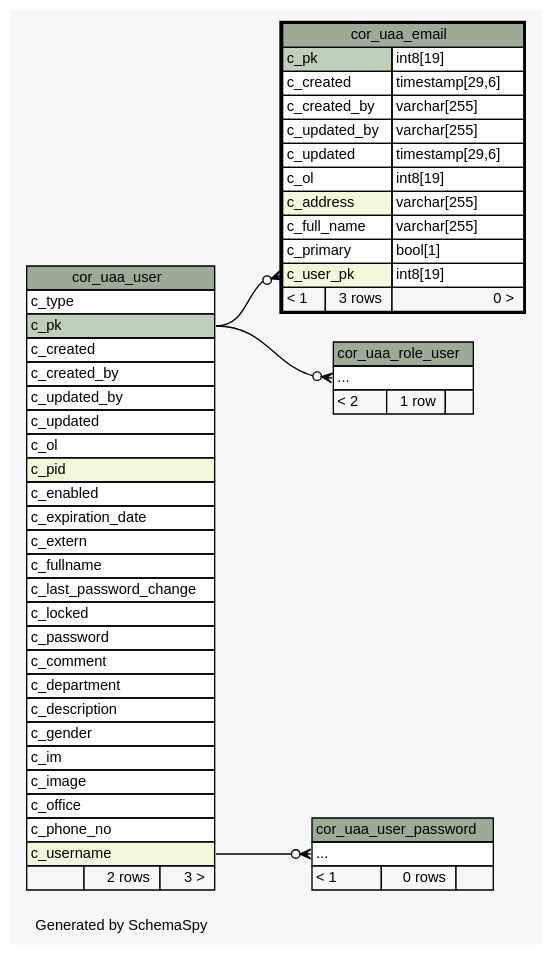
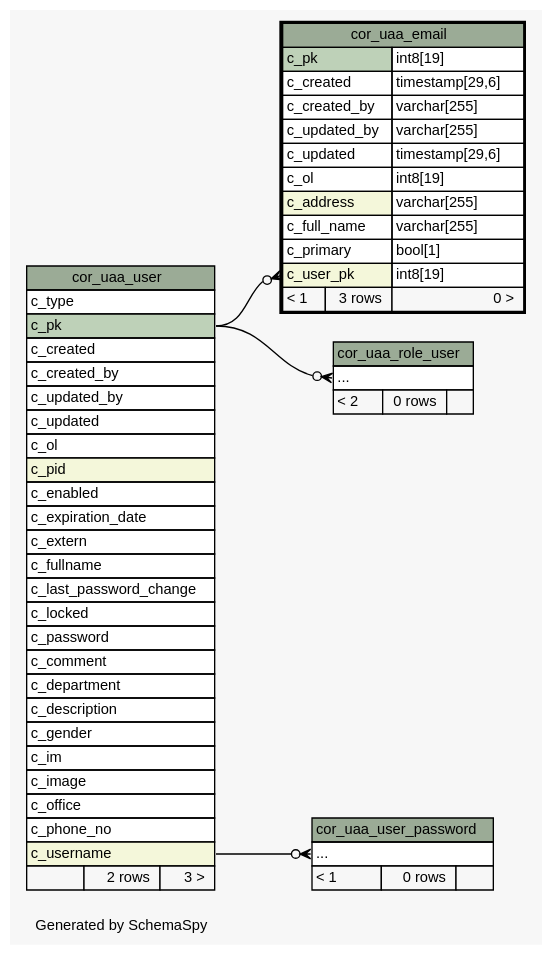
The diagram in 2.0.0-SNAPSHOT/schemaspy/diagrams/cor_uaa_email.2degrees.dot (openwms/org.openwms.core.uaa.lib), drawn with Graphviz before and after one commit. The commit also changed 236 other files, not shown here.

```diff
--- a/2.0.0-SNAPSHOT/schemaspy/diagrams/cor_uaa_email.2degrees.dot
+++ b/2.0.0-SNAPSHOT/schemaspy/diagrams/cor_uaa_email.2degrees.dot
@@ -1,97 +1,97 @@
-// dot 2.43.0 on Linux 6.5.0-1016-azure
+// dot 2.43.0 on Linux 6.5.0-1022-azure
 // SchemaSpy rev Unknown
 digraph "twoDegreesRelationshipsDiagram" {
   graph [
     rankdir="RL"
     bgcolor="#f7f7f7"
     label="\nGenerated by SchemaSpy"
     labeljust="l"
     nodesep="0.18"
     ranksep="0.46"
     fontname="Helvetica"
     fontsize="11"
   ];
   node [
     fontname="Helvetica"
     fontsize="11"
     shape="plaintext"
   ];
   edge [
     arrowsize="0.8"
   ];
   "cor_uaa_email":"c_user_pk":w -> "cor_uaa_user":"c_pk":e [arrowhead=none dir=back arrowtail=crowodot];
   "cor_uaa_role_user":"elipses":w -> "cor_uaa_user":"c_pk":e [arrowhead=none dir=back arrowtail=crowodot];
   "cor_uaa_user_password":"elipses":w -> "cor_uaa_user":"c_username":e [arrowhead=none dir=back arrowtail=crowodot];
   "cor_uaa_email" [
     label=<
     <TABLE BORDER="2" CELLBORDER="1" CELLSPACING="0" BGCOLOR="#ffffff">
       <TR><TD COLSPAN="3" BGCOLOR="#9bab96" ALIGN="CENTER">cor_uaa_email</TD></TR>
       <TR><TD PORT="c_pk" COLSPAN="2" BGCOLOR="#bed1b8" ALIGN="LEFT">c_pk</TD><TD PORT="c_pk.type" ALIGN="LEFT">int8[19]</TD></TR>
       <TR><TD PORT="c_created" COLSPAN="2" ALIGN="LEFT">c_created</TD><TD PORT="c_created.type" ALIGN="LEFT">timestamp[29,6]</TD></TR>
       <TR><TD PORT="c_created_by" COLSPAN="2" ALIGN="LEFT">c_created_by</TD><TD PORT="c_created_by.type" ALIGN="LEFT">varchar[255]</TD></TR>
       <TR><TD PORT="c_updated_by" COLSPAN="2" ALIGN="LEFT">c_updated_by</TD><TD PORT="c_updated_by.type" ALIGN="LEFT">varchar[255]</TD></TR>
       <TR><TD PORT="c_updated" COLSPAN="2" ALIGN="LEFT">c_updated</TD><TD PORT="c_updated.type" ALIGN="LEFT">timestamp[29,6]</TD></TR>
       <TR><TD PORT="c_ol" COLSPAN="2" ALIGN="LEFT">c_ol</TD><TD PORT="c_ol.type" ALIGN="LEFT">int8[19]</TD></TR>
       <TR><TD PORT="c_address" COLSPAN="2" BGCOLOR="#f4f7da" ALIGN="LEFT">c_address</TD><TD PORT="c_address.type" ALIGN="LEFT">varchar[255]</TD></TR>
       <TR><TD PORT="c_full_name" COLSPAN="2" ALIGN="LEFT">c_full_name</TD><TD PORT="c_full_name.type" ALIGN="LEFT">varchar[255]</TD></TR>
       <TR><TD PORT="c_primary" COLSPAN="2" ALIGN="LEFT">c_primary</TD><TD PORT="c_primary.type" ALIGN="LEFT">bool[1]</TD></TR>
       <TR><TD PORT="c_user_pk" COLSPAN="2" BGCOLOR="#f4f7da" ALIGN="LEFT">c_user_pk</TD><TD PORT="c_user_pk.type" ALIGN="LEFT">int8[19]</TD></TR>
       <TR><TD ALIGN="LEFT" BGCOLOR="#f7f7f7">&lt; 1</TD><TD ALIGN="RIGHT" BGCOLOR="#f7f7f7">3 rows</TD><TD ALIGN="RIGHT" BGCOLOR="#f7f7f7">0 &gt;</TD></TR>
     </TABLE>>
     URL="cor_uaa_email.html"
     tooltip="cor_uaa_email"
   ];
   "cor_uaa_role_user" [
     label=<
     <TABLE BORDER="0" CELLBORDER="1" CELLSPACING="0" BGCOLOR="#ffffff">
       <TR><TD COLSPAN="3" BGCOLOR="#9bab96" ALIGN="CENTER">cor_uaa_role_user</TD></TR>
       <TR><TD PORT="elipses" COLSPAN="3" ALIGN="LEFT">...</TD></TR>
-      <TR><TD ALIGN="LEFT" BGCOLOR="#f7f7f7">&lt; 2</TD><TD ALIGN="RIGHT" BGCOLOR="#f7f7f7">1 row</TD><TD ALIGN="RIGHT" BGCOLOR="#f7f7f7">  </TD></TR>
+      <TR><TD ALIGN="LEFT" BGCOLOR="#f7f7f7">&lt; 2</TD><TD ALIGN="RIGHT" BGCOLOR="#f7f7f7">0 rows</TD><TD ALIGN="RIGHT" BGCOLOR="#f7f7f7">  </TD></TR>
     </TABLE>>
     URL="cor_uaa_role_user.html"
     tooltip="cor_uaa_role_user"
   ];
   "cor_uaa_user" [
     label=<
     <TABLE BORDER="0" CELLBORDER="1" CELLSPACING="0" BGCOLOR="#ffffff">
       <TR><TD COLSPAN="3" BGCOLOR="#9bab96" ALIGN="CENTER">cor_uaa_user</TD></TR>
       <TR><TD PORT="c_type" COLSPAN="3" ALIGN="LEFT">c_type</TD></TR>
       <TR><TD PORT="c_pk" COLSPAN="3" BGCOLOR="#bed1b8" ALIGN="LEFT">c_pk</TD></TR>
       <TR><TD PORT="c_created" COLSPAN="3" ALIGN="LEFT">c_created</TD></TR>
       <TR><TD PORT="c_created_by" COLSPAN="3" ALIGN="LEFT">c_created_by</TD></TR>
       <TR><TD PORT="c_updated_by" COLSPAN="3" ALIGN="LEFT">c_updated_by</TD></TR>
       <TR><TD PORT="c_updated" COLSPAN="3" ALIGN="LEFT">c_updated</TD></TR>
       <TR><TD PORT="c_ol" COLSPAN="3" ALIGN="LEFT">c_ol</TD></TR>
       <TR><TD PORT="c_pid" COLSPAN="3" BGCOLOR="#f4f7da" ALIGN="LEFT">c_pid</TD></TR>
       <TR><TD PORT="c_enabled" COLSPAN="3" ALIGN="LEFT">c_enabled</TD></TR>
       <TR><TD PORT="c_expiration_date" COLSPAN="3" ALIGN="LEFT">c_expiration_date</TD></TR>
       <TR><TD PORT="c_extern" COLSPAN="3" ALIGN="LEFT">c_extern</TD></TR>
       <TR><TD PORT="c_fullname" COLSPAN="3" ALIGN="LEFT">c_fullname</TD></TR>
       <TR><TD PORT="c_last_password_change" COLSPAN="3" ALIGN="LEFT">c_last_password_change</TD></TR>
       <TR><TD PORT="c_locked" COLSPAN="3" ALIGN="LEFT">c_locked</TD></TR>
       <TR><TD PORT="c_password" COLSPAN="3" ALIGN="LEFT">c_password</TD></TR>
       <TR><TD PORT="c_comment" COLSPAN="3" ALIGN="LEFT">c_comment</TD></TR>
       <TR><TD PORT="c_department" COLSPAN="3" ALIGN="LEFT">c_department</TD></TR>
       <TR><TD PORT="c_description" COLSPAN="3" ALIGN="LEFT">c_description</TD></TR>
       <TR><TD PORT="c_gender" COLSPAN="3" ALIGN="LEFT">c_gender</TD></TR>
       <TR><TD PORT="c_im" COLSPAN="3" ALIGN="LEFT">c_im</TD></TR>
       <TR><TD PORT="c_image" COLSPAN="3" ALIGN="LEFT">c_image</TD></TR>
       <TR><TD PORT="c_office" COLSPAN="3" ALIGN="LEFT">c_office</TD></TR>
       <TR><TD PORT="c_phone_no" COLSPAN="3" ALIGN="LEFT">c_phone_no</TD></TR>
       <TR><TD PORT="c_username" COLSPAN="3" BGCOLOR="#f4f7da" ALIGN="LEFT">c_username</TD></TR>
       <TR><TD ALIGN="LEFT" BGCOLOR="#f7f7f7">  </TD><TD ALIGN="RIGHT" BGCOLOR="#f7f7f7">2 rows</TD><TD ALIGN="RIGHT" BGCOLOR="#f7f7f7">3 &gt;</TD></TR>
     </TABLE>>
     URL="cor_uaa_user.html"
     tooltip="cor_uaa_user"
   ];
   "cor_uaa_user_password" [
     label=<
     <TABLE BORDER="0" CELLBORDER="1" CELLSPACING="0" BGCOLOR="#ffffff">
       <TR><TD COLSPAN="3" BGCOLOR="#9bab96" ALIGN="CENTER">cor_uaa_user_password</TD></TR>
       <TR><TD PORT="elipses" COLSPAN="3" ALIGN="LEFT">...</TD></TR>
       <TR><TD ALIGN="LEFT" BGCOLOR="#f7f7f7">&lt; 1</TD><TD ALIGN="RIGHT" BGCOLOR="#f7f7f7">0 rows</TD><TD ALIGN="RIGHT" BGCOLOR="#f7f7f7">  </TD></TR>
     </TABLE>>
     URL="cor_uaa_user_password.html"
     tooltip="cor_uaa_user_password"
   ];
 }
```
